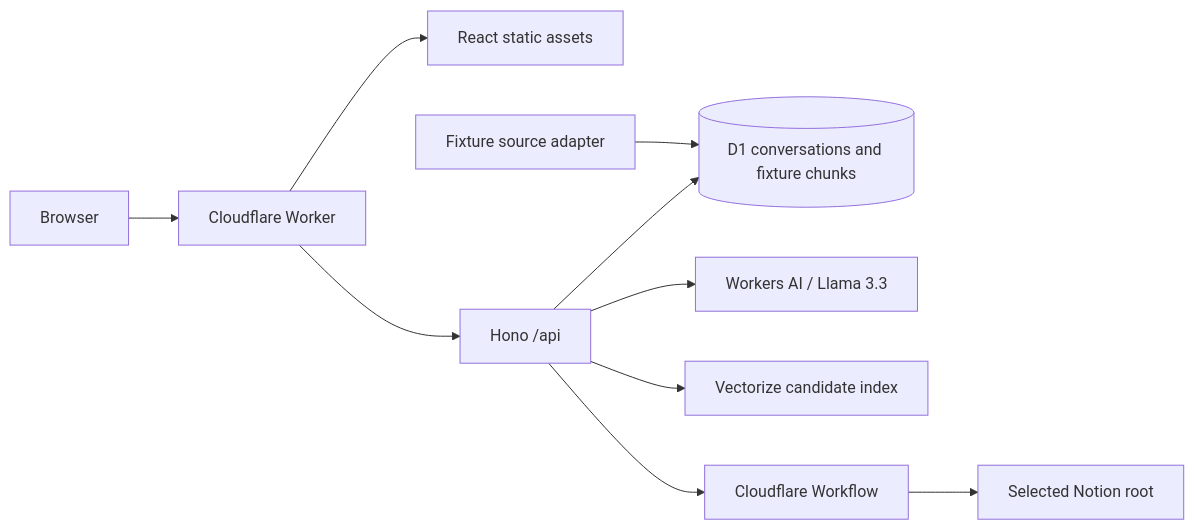
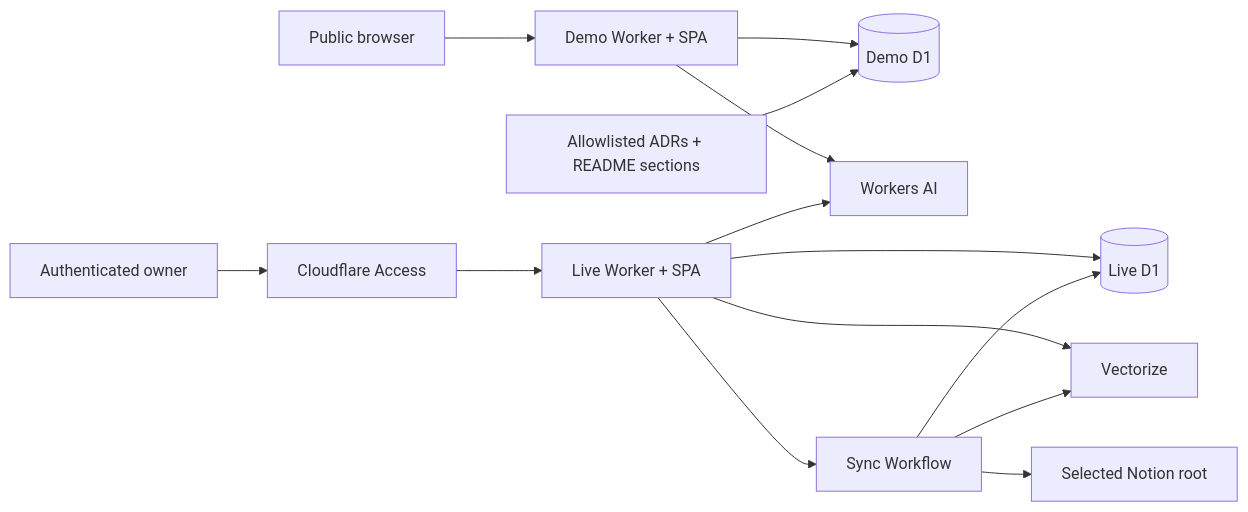
Before and after one commit to avomar/engineering-knowledge-gardner: the diagram in README.md, drawn with Mermaid. The commit also changed other lines of this file and 40 other files, not shown here.

````diff
--- a/README.md
+++ b/README.md
@@ -9,12 +9,16 @@
 ```mermaid
 flowchart LR
-  Browser --> Worker[Cloudflare Worker]
-  Worker --> SPA[React static assets]
-  Worker --> API[Hono /api]
-  API --> DB[(D1 conversations and fixture chunks)]
-  Fixture[Fixture source adapter] --> DB
-  API --> AI[Workers AI / Llama 3.3]
-  API --> Vectorize[Vectorize candidate index]
-  API --> Workflow[Cloudflare Workflow]
+  Public[Public browser] --> Demo[Demo Worker + SPA]
+  Owner[Authenticated owner] --> Access[Cloudflare Access]
+  Access --> Live[Live Worker + SPA]
+  Demo --> DemoDB[(Demo D1)]
+  PublicDocs[Allowlisted ADRs + README sections] --> DemoDB
+  Demo --> AI[Workers AI]
+  Live --> LiveDB[(Live D1)]
+  Live --> AI
+  Live --> Vectorize[Vectorize]
+  Live --> Workflow[Sync Workflow]
   Workflow --> Notion[Selected Notion root]
+  Workflow --> LiveDB
+  Workflow --> Vectorize
 ```
````
